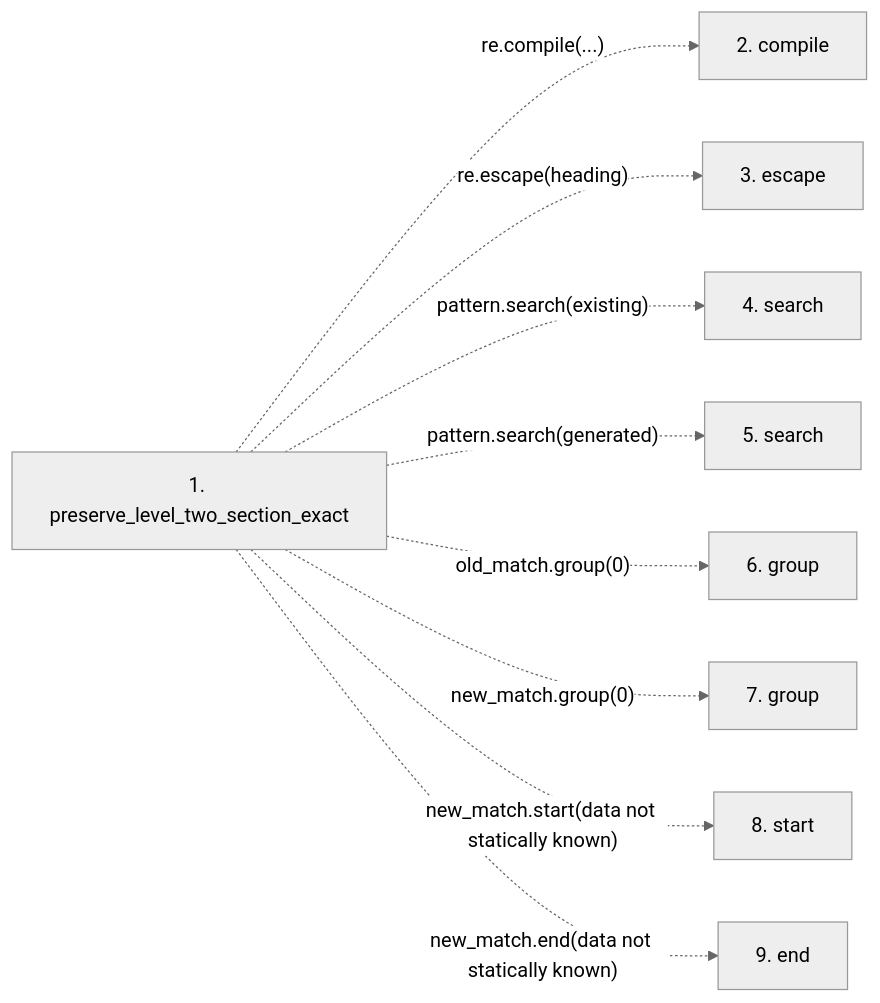
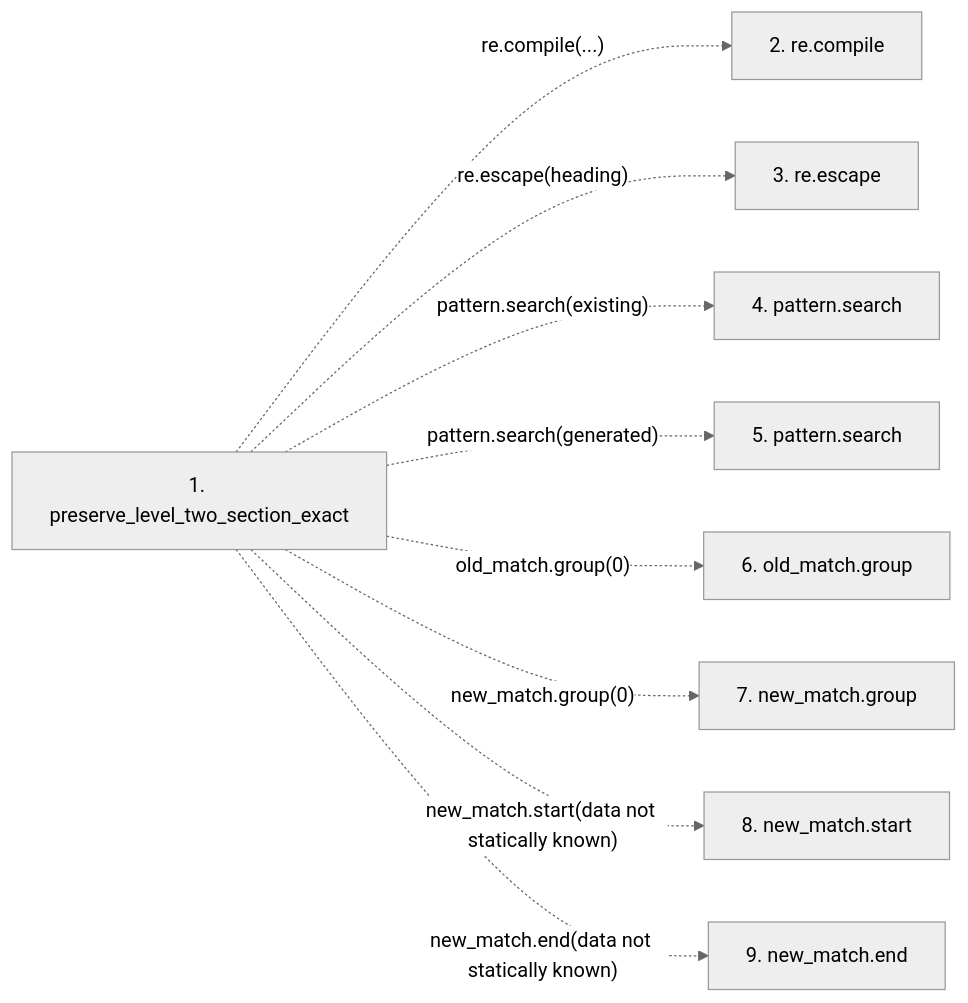
The second of 2 diagrams in docs/llm_wiki/flows/api-preserve_level_two_section_exact.md (Denissvgn/python-wiki-llm), drawn with Mermaid (neutral theme) before and after one commit. The commit also changed other lines of this file and 719 other files, not shown here.

````diff
--- a/docs/llm_wiki/flows/api-preserve_level_two_section_exact.md
+++ b/docs/llm_wiki/flows/api-preserve_level_two_section_exact.md
@@ -32,21 +33,21 @@
 ```mermaid
 flowchart LR
     s1["1. preserve_level_two_section_exact"]
-    s2["2. compile"]
-    s3["3. escape"]
-    s4["4. search"]
-    s5["5. search"]
-    s6["6. group"]
-    s7["7. group"]
-    s8["8. start"]
-    s9["9. end"]
+    s2["2. re.compile"]
+    s3["3. re.escape"]
+    s4["4. pattern.search"]
+    s5["5. pattern.search"]
+    s6["6. old_match.group"]
+    s7["7. new_match.group"]
+    s8["8. new_match.start"]
+    s9["9. new_match.end"]
     s1 -. "re.compile(...)" .-> s2
     s1 -. "re.escape(heading)" .-> s3
     s1 -. "pattern.search(existing)" .-> s4
     s1 -. "pattern.search(generated)" .-> s5
     s1 -. "old_match.group(0)" .-> s6
     s1 -. "new_match.group(0)" .-> s7
     s1 -. "new_match.start(data not statically known)" .-> s8
     s1 -. "new_match.end(data not statically known)" .-> s9
     click s1 "../modules/markdown_sections.md"
 ```
````
